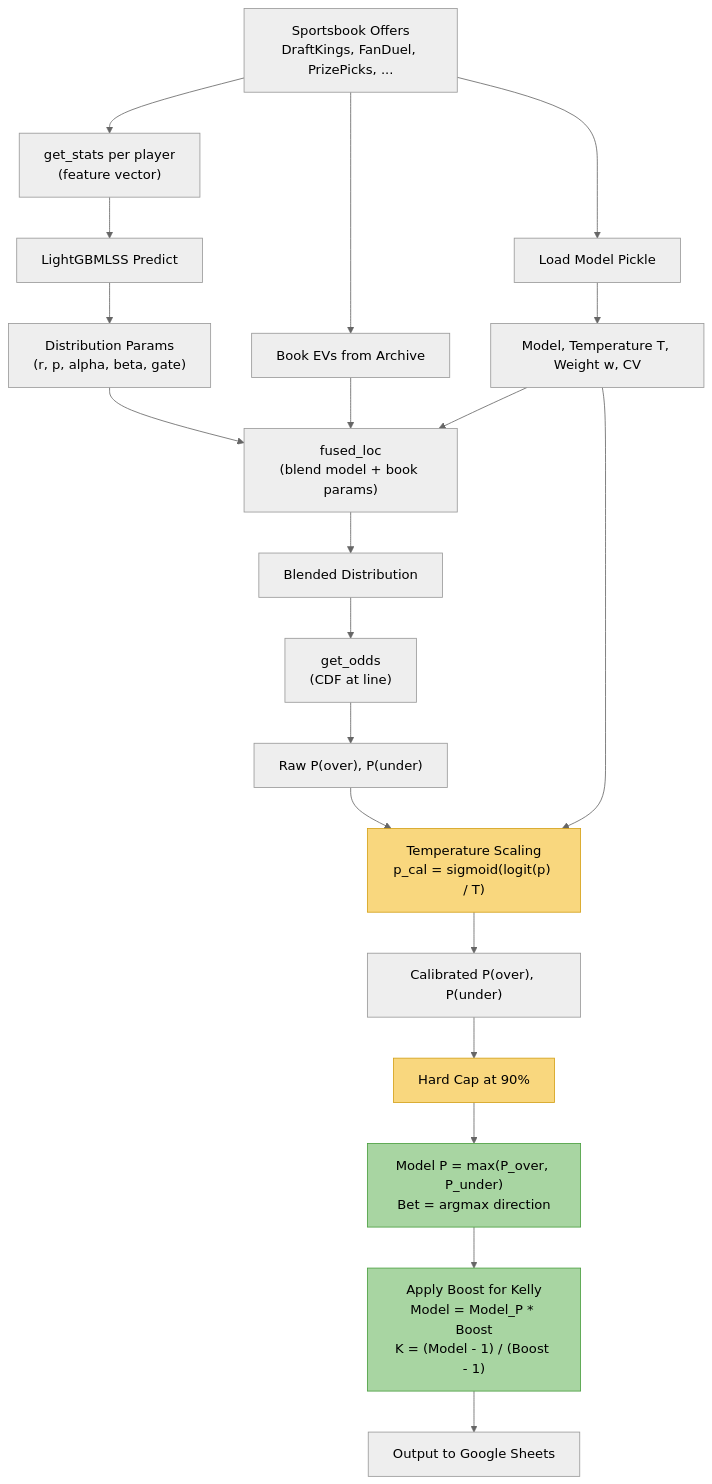
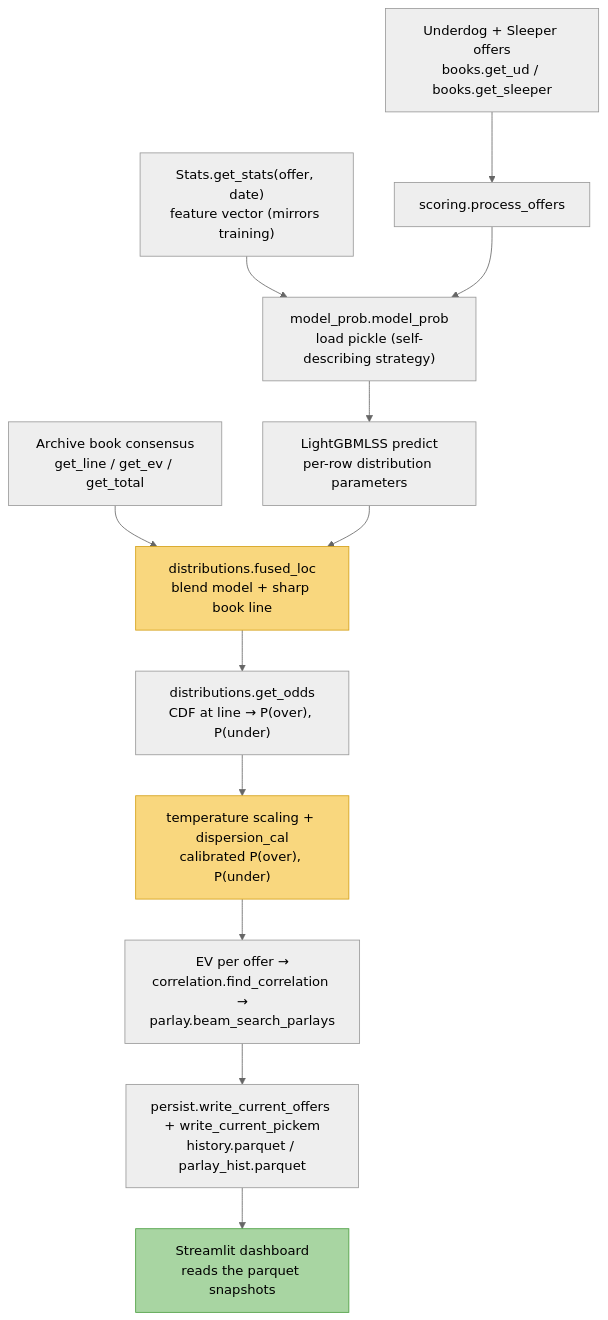
The second of 2 diagrams in docs/pipeline_diagrams.md (tjjerome/Sportstradamus), drawn with Mermaid (neutral theme) before and after one commit. The commit also changed other lines of this file and 63 other files, not shown here.

````diff
--- a/docs/pipeline_diagrams.md
+++ b/docs/pipeline_diagrams.md
@@ -45,34 +31,18 @@
 ```mermaid
 flowchart TD
-    A[Sportsbook Offers<br/>DraftKings, FanDuel, PrizePicks, ...] --> B[Load Model Pickle]
-    B --> C["Model, Temperature T, Weight w, CV"]
+    A["Underdog + Sleeper offers<br/>books.get_ud / books.get_sleeper"] --> B["scoring.process_offers"]
+    S["Stats.get_stats(offer, date)<br/>feature vector (mirrors training)"] --> C
+    B --> C["model_prob.model_prob<br/>load pickle (self-describing strategy)"]
+    C --> D["LightGBMLSS predict<br/>per-row distribution parameters"]
+    AR["Archive book consensus<br/>get_line / get_ev / get_total"] --> E
+    D --> E["distributions.fused_loc<br/>blend model + sharp book line"]
+    E --> F["distributions.get_odds<br/>CDF at line → P(over), P(under)"]
+    F --> G["temperature scaling + dispersion_cal<br/>calibrated P(over), P(under)"]
+    G --> H["EV per offer →<br/>correlation.find_correlation →<br/>parlay.beam_search_parlays"]
+    H --> I["persist.write_current_offers + write_current_pickem<br/>history.parquet / parlay_hist.parquet"]
+    I --> J["Streamlit dashboard<br/>reads the parquet snapshots"]
 
-    A --> D["get_stats per player<br/>(feature vector)"]
-    D --> E[LightGBMLSS Predict]
-    E --> F["Distribution Params<br/>(r, p, alpha, beta, gate)"]
-
-    A --> G[Book EVs from Archive]
-
-    F --> H["fused_loc<br/>(blend model + book params)"]
-    G --> H
-    C --> H
-    H --> I[Blended Distribution]
-
-    I --> J["get_odds<br/>(CDF at line)"]
-    J --> K["Raw P(over), P(under)"]
-
-    K --> L["Temperature Scaling<br/>p_cal = sigmoid(logit(p) / T)"]
-    C --> L
-    L --> M["Calibrated P(over), P(under)"]
-
-    M --> N["Hard Cap at 90%"]
-    N --> O["Model P = max(P_over, P_under)<br/>Bet = argmax direction"]
-
-    O --> P["Apply Boost for Kelly<br/>Model = Model_P * Boost<br/>K = (Model - 1) / (Boost - 1)"]
-    P --> Q[Output to Google Sheets]
-
-    style L fill:#f9d77e,stroke:#d4a017
-    style N fill:#f9d77e,stroke:#d4a017
-    style O fill:#a8d5a2,stroke:#4a9e3f
-    style P fill:#a8d5a2,stroke:#4a9e3f
+    style E fill:#f9d77e,stroke:#d4a017
+    style G fill:#f9d77e,stroke:#d4a017
+    style J fill:#a8d5a2,stroke:#4a9e3f
 ```
````
